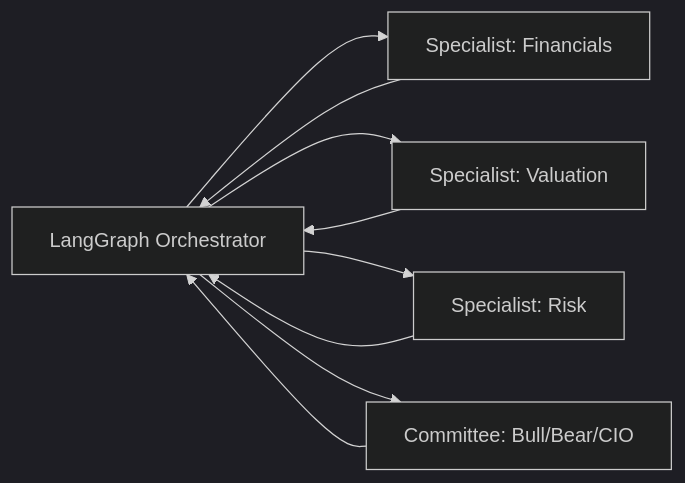
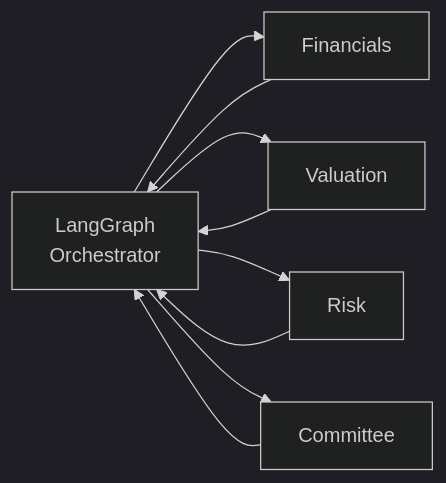
One commit to soniamannlehl-cloud/finalproject changed the fourth of 4 diagrams in ARCHITECTURE.md. Above: the diagram before and after it, drawn with Mermaid (dark theme). The commit also changed other lines of this file, not shown here.

First line of the commit message:
Restructure ARCHITECTURE.md to match capstone rubric.

````diff
--- a/ARCHITECTURE.md
+++ b/ARCHITECTURE.md
@@ -413,10 +269,9 @@
 ```mermaid
 flowchart LR
-    ORCH[LangGraph Orchestrator]
-    ORCH --> W1[Specialist: Financials]
-    ORCH --> W2[Specialist: Valuation]
-    ORCH --> W3[Specialist: Risk]
-    ORCH --> W4[Committee: Bull/Bear/CIO]
-    W1 & W2 & W3 --> ORCH
-    W4 --> ORCH
+    HUB[LangGraph<br/>Orchestrator]
+    HUB --> F[Financials]
+    HUB --> V[Valuation]
+    HUB --> R[Risk]
+    HUB --> C[Committee]
+    F & V & R & C --> HUB
 ```
````
